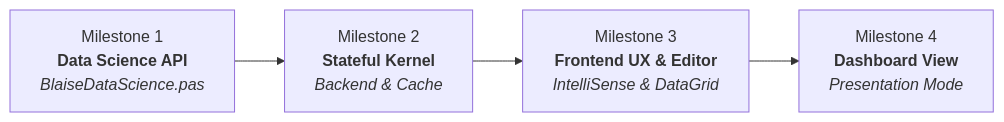
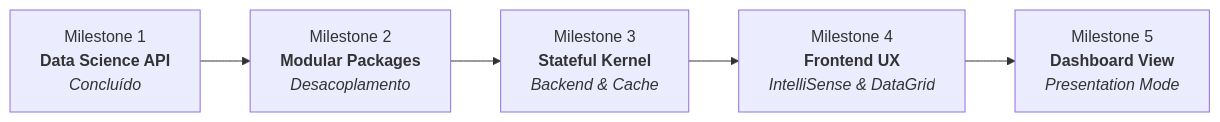
The diagram in ROADMAP.md (affonsoelias/BlaiseNotebook), drawn with Mermaid before and after one commit. The commit also changed other lines of this file, not shown here.

Commit message:
docs(roadmap): insert Milestone 2 for decoupled modular package architecture

````diff
--- a/ROADMAP.md
+++ b/ROADMAP.md
@@ -12,6 +12,7 @@
 ```mermaid
 flowchart LR
-    M1["Milestone 1<br/><b>Data Science API</b><br/><i>BlaiseDataScience.pas</i>"] --> M2["Milestone 2<br/><b>Stateful Kernel</b><br/><i>Backend & Cache</i>"]
-    M2 --> M3["Milestone 3<br/><b>Frontend UX & Editor</b><br/><i>IntelliSense & DataGrid</i>"]
-    M3 --> M4["Milestone 4<br/><b>Dashboard View</b><br/><i>Presentation Mode</i>"]
+    M1["Milestone 1<br/><b>Data Science API</b><br/><i>Concluído</i>"] --> M2["Milestone 2<br/><b>Modular Packages</b><br/><i>Desacoplamento</i>"]
+    M2 --> M3["Milestone 3<br/><b>Stateful Kernel</b><br/><i>Backend & Cache</i>"]
+    M3 --> M4["Milestone 4<br/><b>Frontend UX</b><br/><i>IntelliSense & DataGrid</i>"]
+    M4 --> M5["Milestone 5<br/><b>Dashboard View</b><br/><i>Presentation Mode</i>"]
 ```
````
